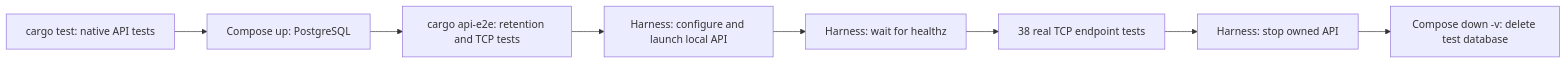
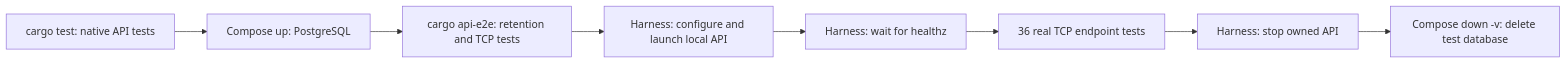
One commit to enzumeii/monolith changed the first of 2 diagrams in docs/verification.md. Above: the diagram before and after it, drawn with Mermaid. The commit also changed other lines of this file and 5 other files, not shown here.

````diff
--- a/docs/verification.md
+++ b/docs/verification.md
@@ -33,10 +33,10 @@
 ```mermaid
 flowchart LR
     UNIT["cargo test: native API tests"] --> PG["Compose up: PostgreSQL"]
     PG --> CARGO["cargo api-e2e: retention and TCP tests"]
     CARGO --> HARNESS["Harness: configure and launch local API"]
     HARNESS --> READY["Harness: wait for healthz"]
-    READY --> TCP["38 real TCP endpoint tests"]
+    READY --> TCP["36 real TCP endpoint tests"]
     TCP --> STOP["Harness: stop owned API"]
     STOP --> DOWN["Compose down -v: delete test database"]
 ```
````
